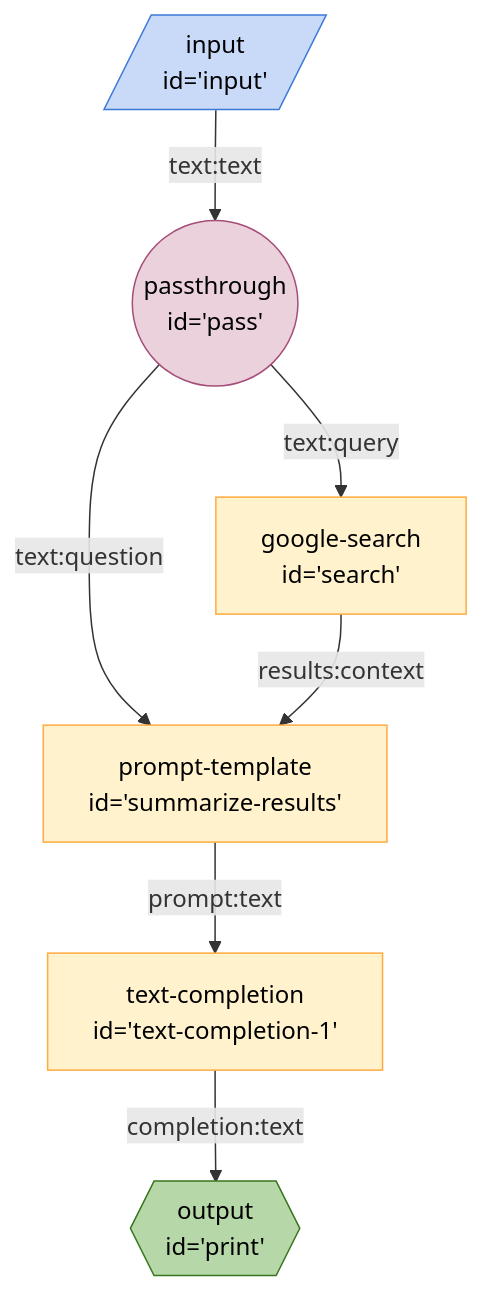
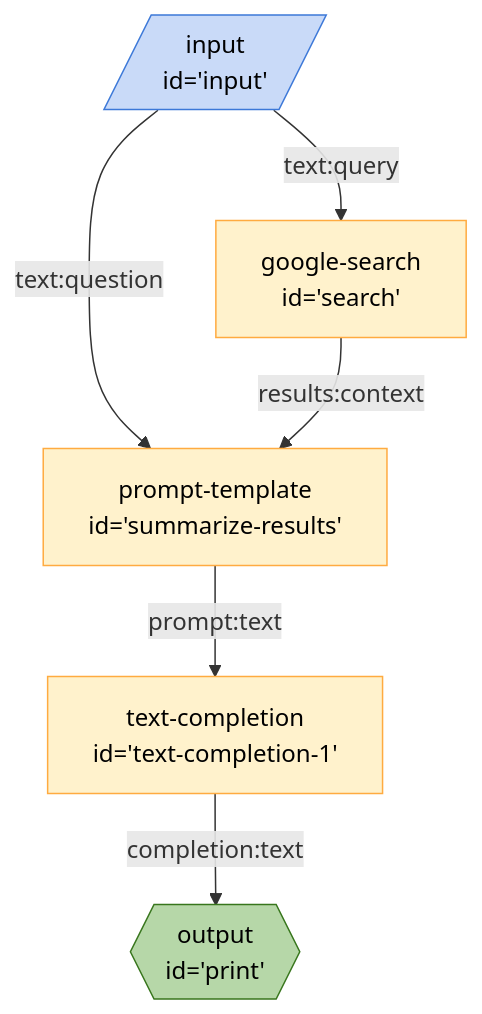
One commit to breadboard-ai/breadboard changed the diagram in seeds/graph-playground/docs/graphs/search-summarize.md. Above: the diagram before and after it, drawn with Mermaid. The commit also changed 3 other files, not shown here.

First line of the commit message:
[graph] Remove `passthrough` from `search-summarize`

````diff
--- a/seeds/graph-playground/docs/graphs/search-summarize.md
+++ b/seeds/graph-playground/docs/graphs/search-summarize.md
@@ -4,28 +4,25 @@
 ```mermaid
 %%{init: {'themeVariables': { 'fontFamily': 'Fira Code, monospace' }}}%%
 graph TD;
 input[/"input
-id='input'"/]:::input -- text:text --> pass(("passthrough
-id='pass'")):::passthrough
-pass(("passthrough
-id='pass'")):::passthrough -- text:query --> search["google-search
+id='input'"/]:::input -- text:question --> summarize-results["prompt-template
+id='summarize-results'"]
+input[/"input
+id='input'"/]:::input -- text:query --> search["google-search
 id='search'"]
-pass(("passthrough
-id='pass'")):::passthrough -- text:question --> summarize-results["prompt-template
-id='summarize-results'"]
 search["google-search
 id='search'"] -- results:context --> summarize-results["prompt-template
 id='summarize-results'"]
 summarize-results["prompt-template
 id='summarize-results'"] -- prompt:text --> text-completion-1["text-completion
 id='text-completion-1'"]
 text-completion-1["text-completion
 id='text-completion-1'"] -- completion:text --> print{{"output
 id='print'"}}:::output
 classDef default stroke:#ffab40,fill:#fff2ccff,color:#000
 classDef input stroke:#3c78d8,fill:#c9daf8ff,color:#000
 classDef output stroke:#38761d,fill:#b6d7a8ff,color:#000
 classDef passthrough stroke:#a64d79,fill:#ead1dcff,color:#000
 classDef slot stroke:#a64d79,fill:#ead1dcff,color:#000
 classDef slotted stroke:#a64d79
 ```
````
